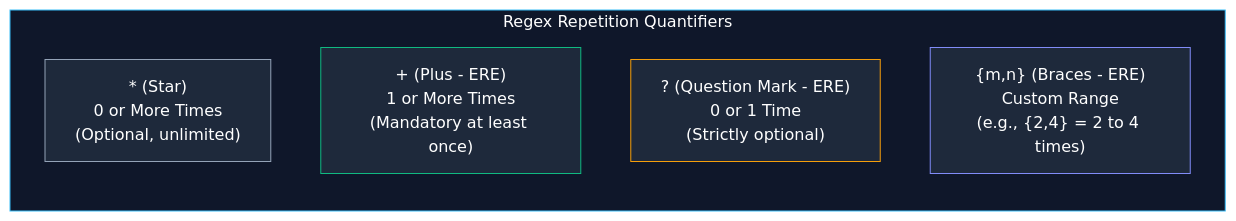
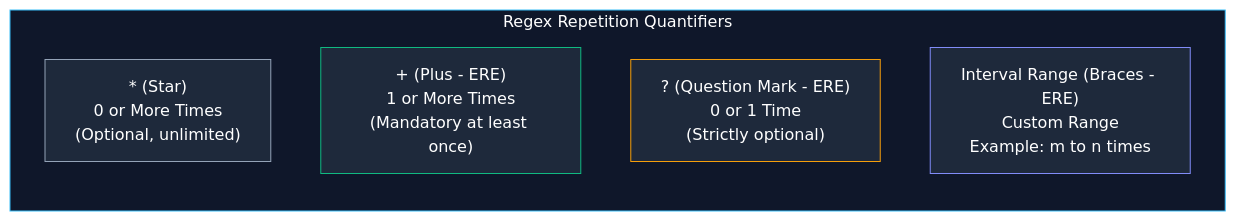
The second of 2 diagrams in System-and-Network-Administrator/04-Networking/02-Regular-Expressions.md (Kashif-Mashi/Blue-Team-Handbook), drawn with Mermaid before and after one commit. The commit also changed other lines of this file and 13 other files, not shown here.

Commit message:
Verification & Fixes: Mermaid Diagrams Across the Repository

````diff
--- a/System-and-Network-Administrator/04-Networking/02-Regular-Expressions.md
+++ b/System-and-Network-Administrator/04-Networking/02-Regular-Expressions.md
@@ -179,16 +179,16 @@
 ```mermaid
 flowchart TD
     subgraph Quantifiers["Regex Repetition Quantifiers"]
         direction TB
         STAR["* (Star)<br/>0 or More Times<br/>(Optional, unlimited)"]
         PLUS["+ (Plus - ERE)<br/>1 or More Times<br/>(Mandatory at least once)"]
         QMARK["? (Question Mark - ERE)<br/>0 or 1 Time<br/>(Strictly optional)"]
-        RANGE["{m,n} (Braces - ERE)<br/>Custom Range<br/>(e.g., {2,4} = 2 to 4 times)"]
+        RANGE["Interval Range (Braces - ERE)<br/>Custom Range<br/>Example: m to n times"]
     end
 
     style Quantifiers fill:#0f172a,stroke:#38bdf8,color:#fff
     style STAR fill:#1e293b,stroke:#94a3b8,color:#fff
     style PLUS fill:#1e293b,stroke:#10b981,color:#fff
     style QMARK fill:#1e293b,stroke:#f59e0b,color:#fff
     style RANGE fill:#1e293b,stroke:#818cf8,color:#fff
 ```
````
